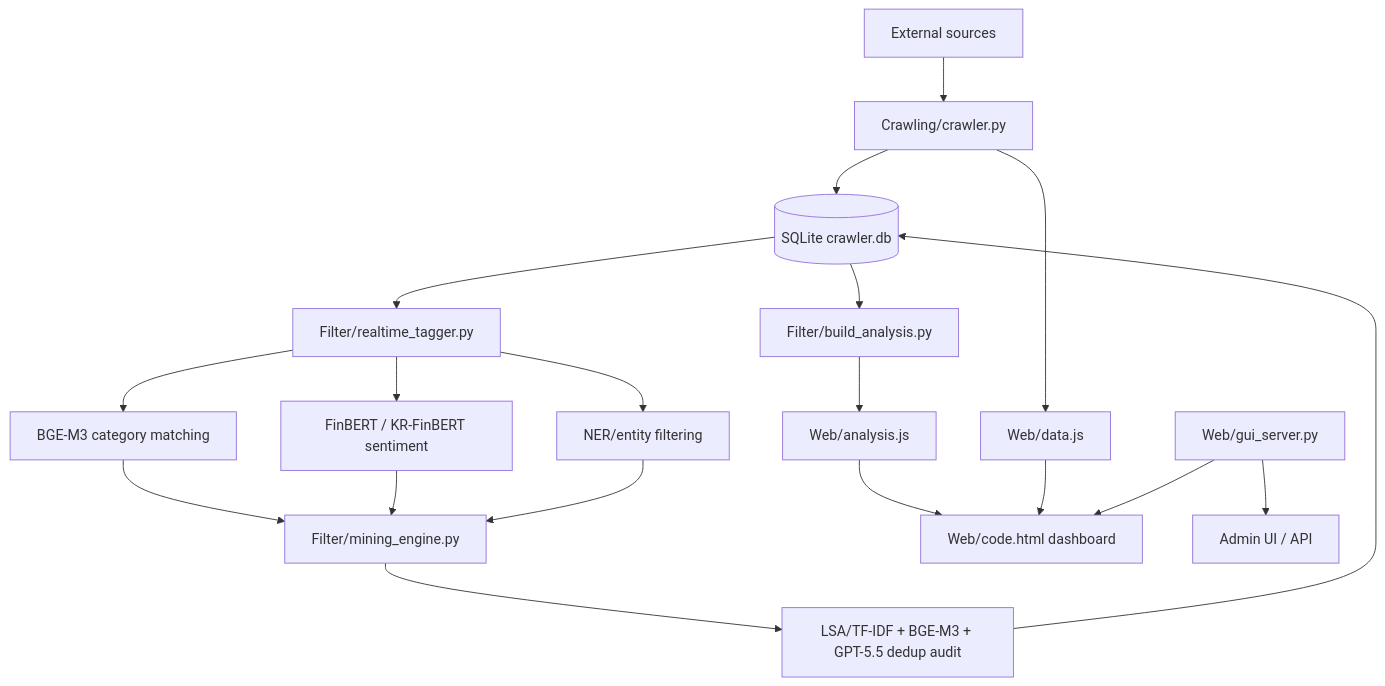
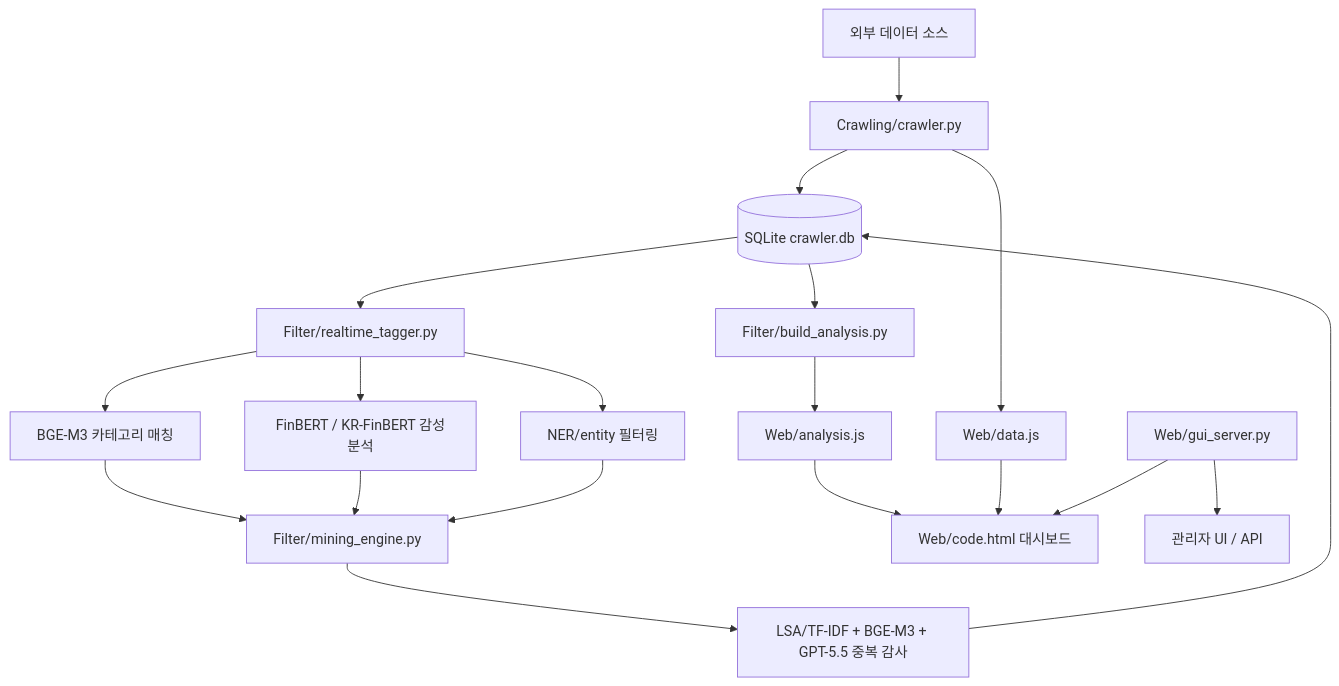
One commit to sejun7976-coder/PolitiMarket changed the diagram in README.md. Above: the diagram before and after it, drawn with Mermaid. The commit also changed other lines of this file, not shown here.

````diff
--- a/README.md
+++ b/README.md
@@ -49,21 +49,21 @@
 ```mermaid
 graph TD
-    A["External sources"] --> B["Crawling/crawler.py"]
+    A["외부 데이터 소스"] --> B["Crawling/crawler.py"]
     B --> C[("SQLite crawler.db")]
     C --> D["Filter/realtime_tagger.py"]
-    D --> E["BGE-M3 category matching"]
-    D --> F["FinBERT / KR-FinBERT sentiment"]
-    D --> G["NER/entity filtering"]
+    D --> E["BGE-M3 카테고리 매칭"]
+    D --> F["FinBERT / KR-FinBERT 감성분석"]
+    D --> G["NER/entity 필터링"]
     E --> H["Filter/mining_engine.py"]
     F --> H
     G --> H
-    H --> I["LSA/TF-IDF + BGE-M3 + GPT-5.5 dedup audit"]
+    H --> I["LSA/TF-IDF + BGE-M3 + GPT-5.5 중복 감사"]
     I --> C
     C --> J["Filter/build_analysis.py"]
     J --> K["Web/analysis.js"]
     B --> L["Web/data.js"]
-    K --> M["Web/code.html dashboard"]
+    K --> M["Web/code.html 대시보드"]
     L --> M
     N["Web/gui_server.py"] --> M
-    N --> O["Admin UI / API"]
+    N --> O["관리자 UI / API"]
 ```
````
